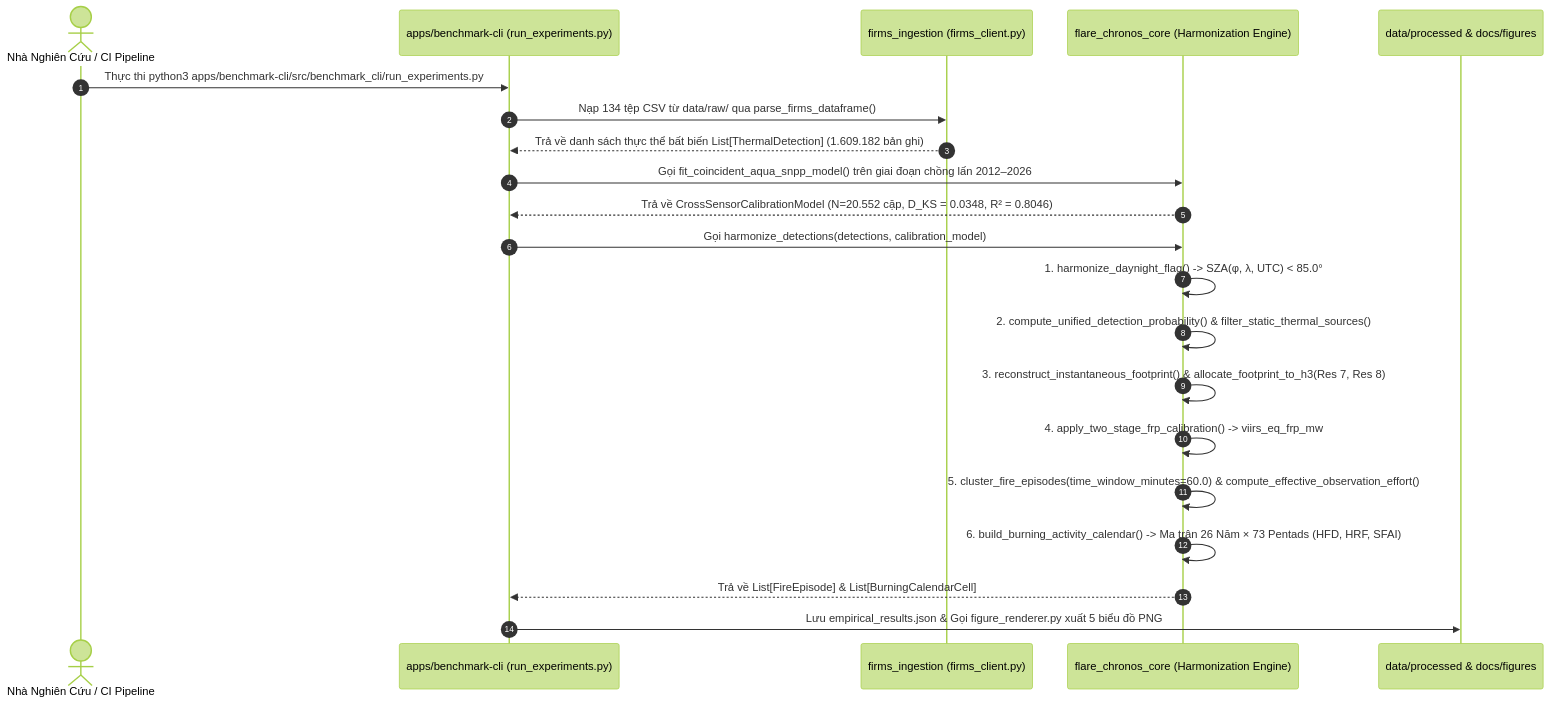
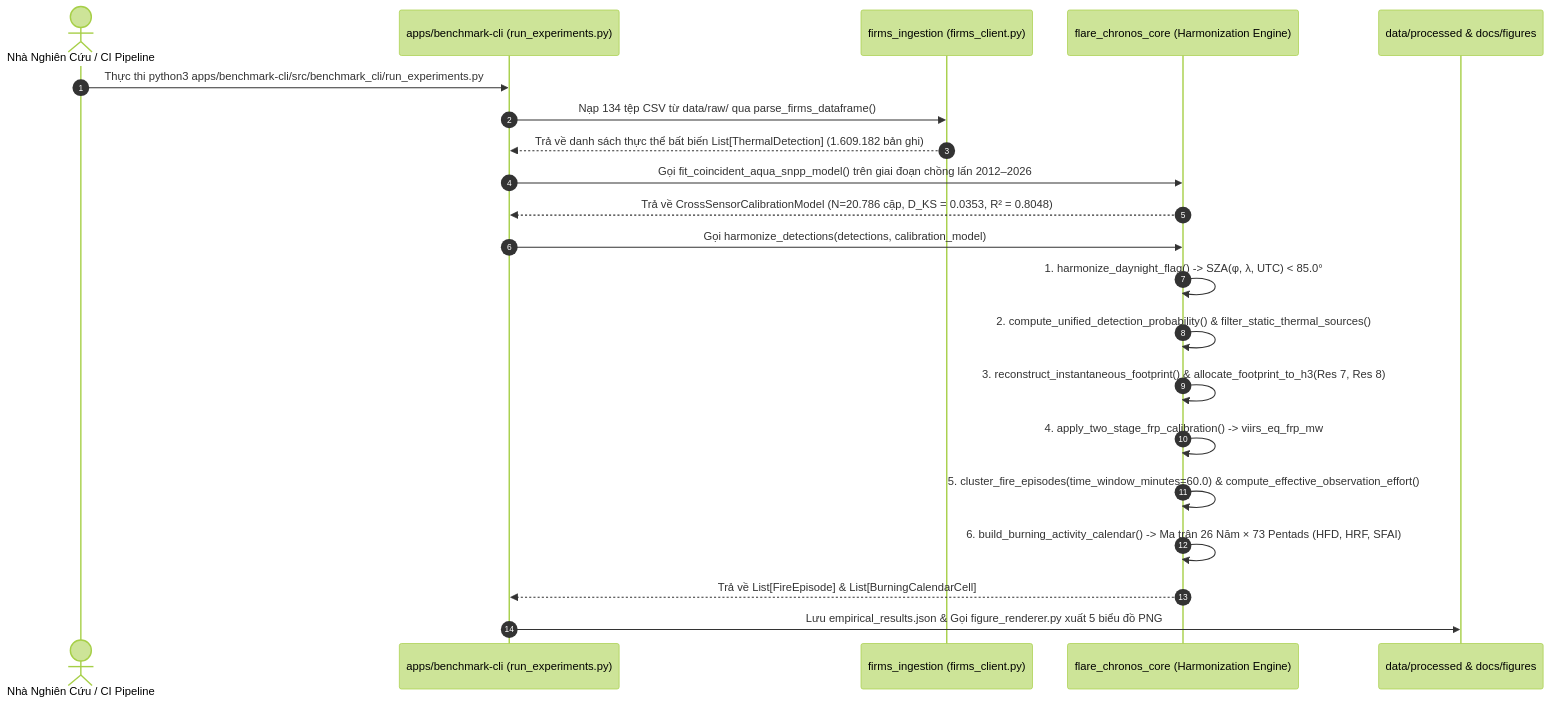
Before and after one commit to the-aris-club/flare-chronos: the second of 3 diagrams in exports/REPORT.md, drawn with Mermaid (forest theme). The commit also changed other lines of this file and 74 other files, not shown here.

````diff
--- a/exports/REPORT.md
+++ b/exports/REPORT.md
@@ -126,24 +126,24 @@
 ```mermaid
 sequenceDiagram
     autonumber
     actor Dev as Nhà Nghiên Cứu / CI Pipeline
     participant CLI as apps/benchmark-cli (run_experiments.py)
     participant Ingest as firms_ingestion (firms_client.py)
     participant Core as flare_chronos_core (Harmonization Engine)
     participant Store as data/processed & docs/figures
 
     Dev->>CLI: Thực thi python3 apps/benchmark-cli/src/benchmark_cli/run_experiments.py
     CLI->>Ingest: Nạp 134 tệp CSV từ data/raw/ qua parse_firms_dataframe()
     Ingest-->>CLI: Trả về danh sách thực thể bất biến List[ThermalDetection] (1.609.182 bản ghi)
     CLI->>Core: Gọi fit_coincident_aqua_snpp_model() trên giai đoạn chồng lấn 2012–2026
-    Core-->>CLI: Trả về CrossSensorCalibrationModel (N=20.552 cặp, D_KS = 0.0348, R² = 0.8046)
+    Core-->>CLI: Trả về CrossSensorCalibrationModel (N=20.786 cặp, D_KS = 0.0353, R² = 0.8048)
     CLI->>Core: Gọi harmonize_detections(detections, calibration_model)
     Core->>Core: 1. harmonize_daynight_flag() -> SZA(φ, λ, UTC) < 85.0°
     Core->>Core: 2. compute_unified_detection_probability() & filter_static_thermal_sources()
     Core->>Core: 3. reconstruct_instantaneous_footprint() & allocate_footprint_to_h3(Res 7, Res 8)
     Core->>Core: 4. apply_two_stage_frp_calibration() -> viirs_eq_frp_mw
     Core->>Core: 5. cluster_fire_episodes(time_window_minutes=60.0) & compute_effective_observation_effort()
     Core->>Core: 6. build_burning_activity_calendar() -> Ma trận 26 Năm × 73 Pentads (HFD, HRF, SFAI)
     Core-->>CLI: Trả về List[FireEpisode] & List[BurningCalendarCell]
     CLI->>Store: Lưu empirical_results.json & Gọi figure_renderer.py xuất 5 biểu đồ PNG
 ```
````
